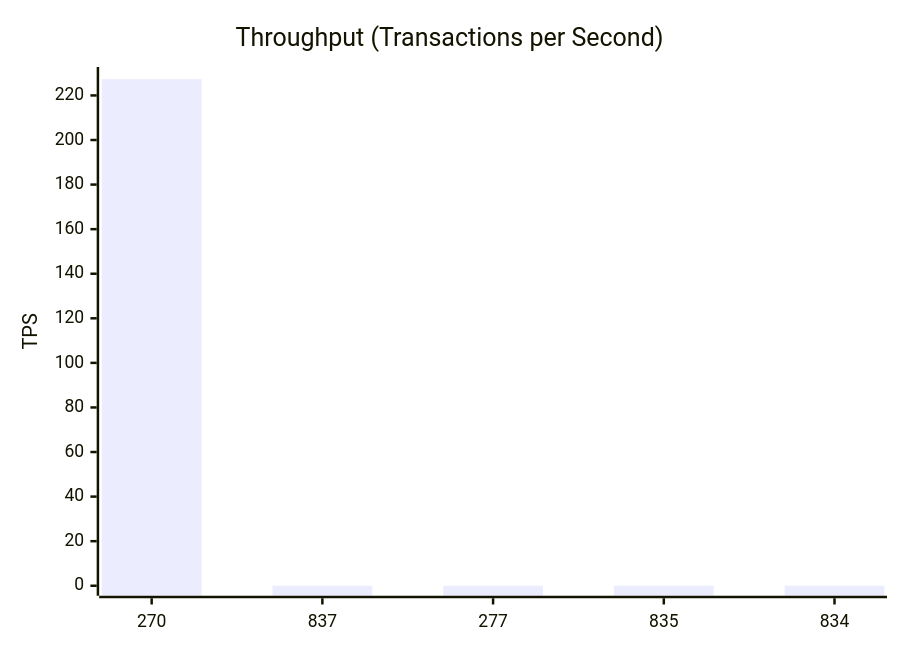
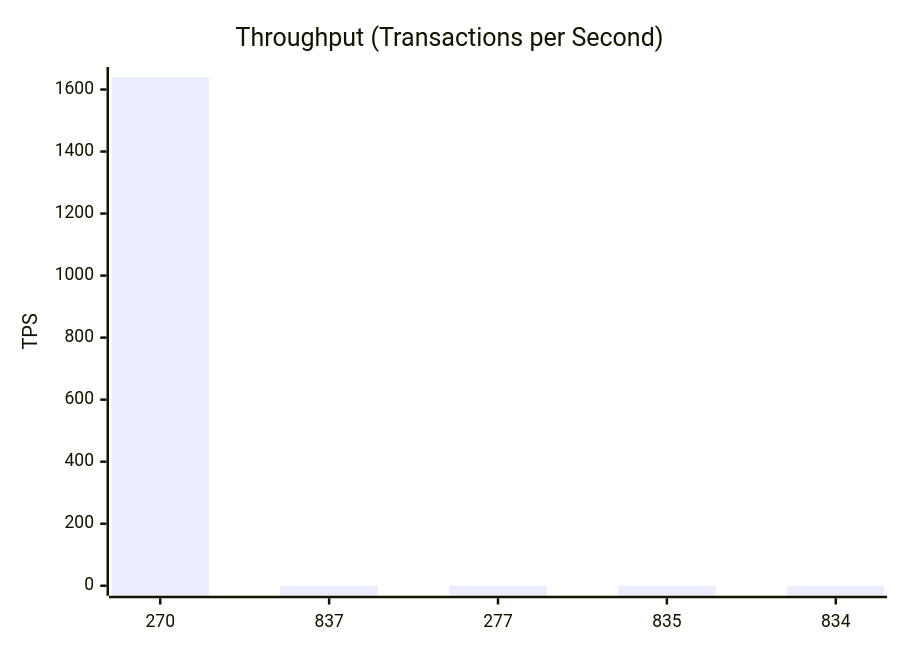
Before and after one commit to dhagan-va/intern-2025: the third of 11 diagrams in test-tools/DataGen/src/Statistics_Visualizer.md, drawn with Mermaid. The commit also changed other lines of this file and 5 other files, not shown here.

````diff
--- a/test-tools/DataGen/src/Statistics_Visualizer.md
+++ b/test-tools/DataGen/src/Statistics_Visualizer.md
@@ -40,7 +40,7 @@
 ```mermaid
 xychart-beta
     title "Throughput (Transactions per Second)"
     x-axis ["270", "837", "277", "835", "834"]
-    y-axis "TPS" 0 --> 228.27272727272728
-    bar [227.27272727272728, 0.0, 0.0, 0.0, 0.0]
+    y-axis "TPS" 0 --> 1640.3388874134837
+    bar [1639.3388874134837, 0.0, 0.0, 0.0, 0.0]
 ```
````
